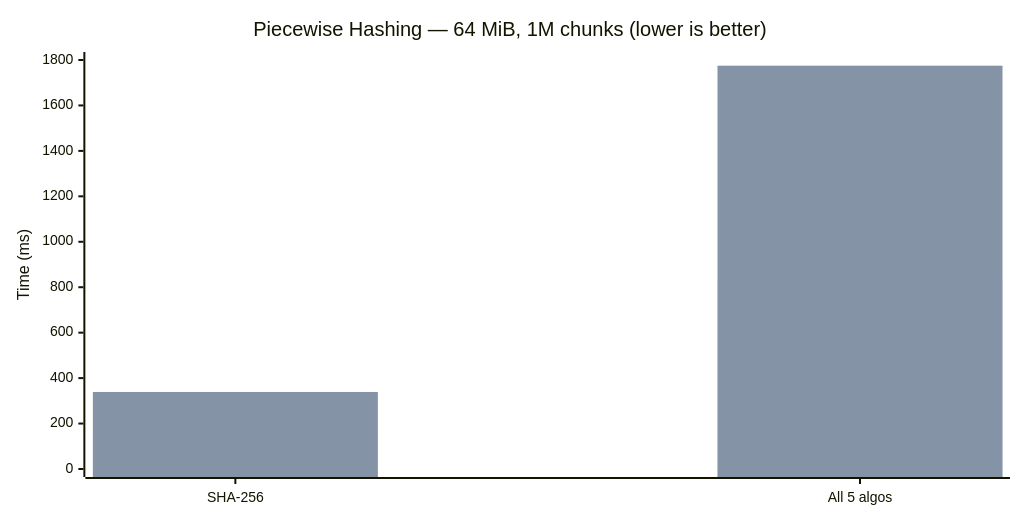
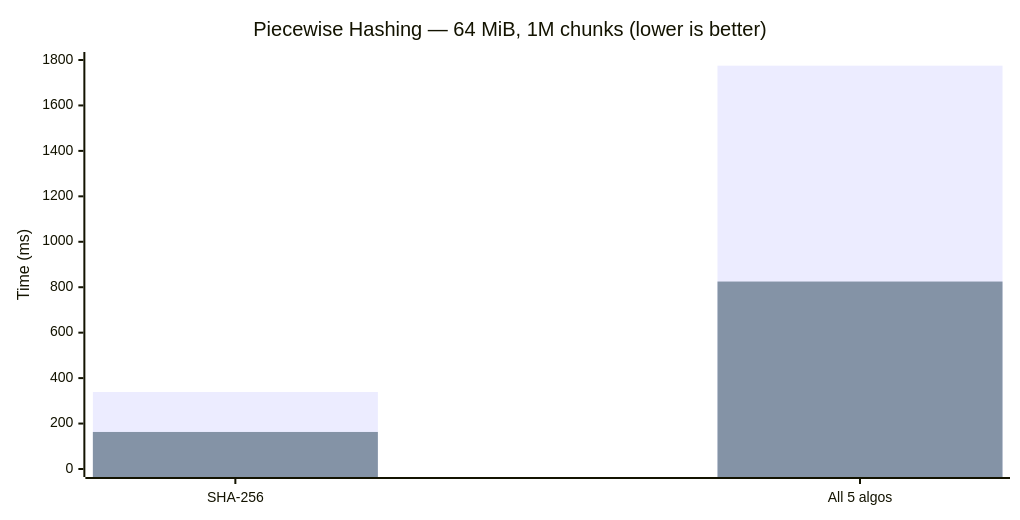
The fourth of 5 diagrams in docs/benchmarks.md (SecurityRonin/blazehash), drawn with Mermaid before and after one commit. The commit also changed other lines of this file, not shown here.

First line of the commit message:
docs: consistent chart ordering — hashdeep behind, blazehash in front

````diff
--- a/docs/benchmarks.md
+++ b/docs/benchmarks.md
@@ -128,13 +128,13 @@
 ```mermaid
 ---
 config:
     xyChart:
         width: 1000
 ---
 xychart-beta
     title "Piecewise Hashing — 64 MiB, 1M chunks (lower is better)"
     x-axis ["SHA-256", "All 5 algos"]
     y-axis "Time (ms)" 0 --> 1800
+    bar "hashdeep" [339, 1775]
     bar "blazehash" [163, 825]
-    bar "hashdeep" [339, 1775]
 ```
````
